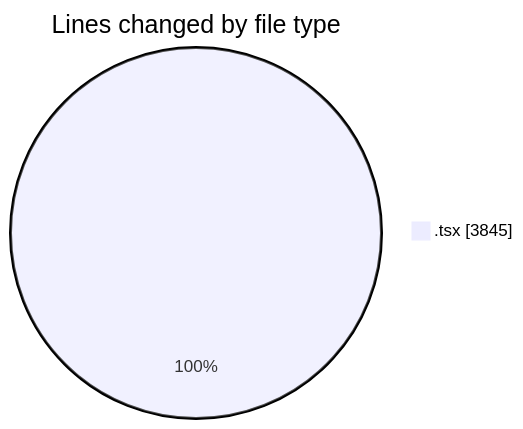
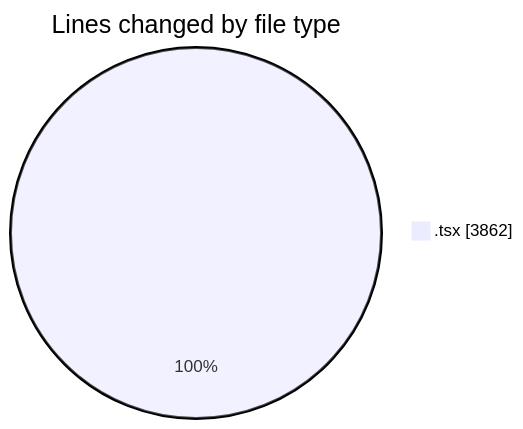
Before and after one commit to nxtqubesakshisongat/code-tracking: the first of 2 diagrams in 2026-08-24/nxtqube_webapp/README.md, drawn with Mermaid. The commit also changed other lines of this file and 1 other file, not shown here.

````diff
--- a/2026-08-24/nxtqube_webapp/README.md
+++ b/2026-08-24/nxtqube_webapp/README.md
@@ -33,5 +33,5 @@
 ```mermaid
 pie showData
 title Lines changed by file type
-".tsx" : 3845
+".tsx" : 3862
 ```
````
